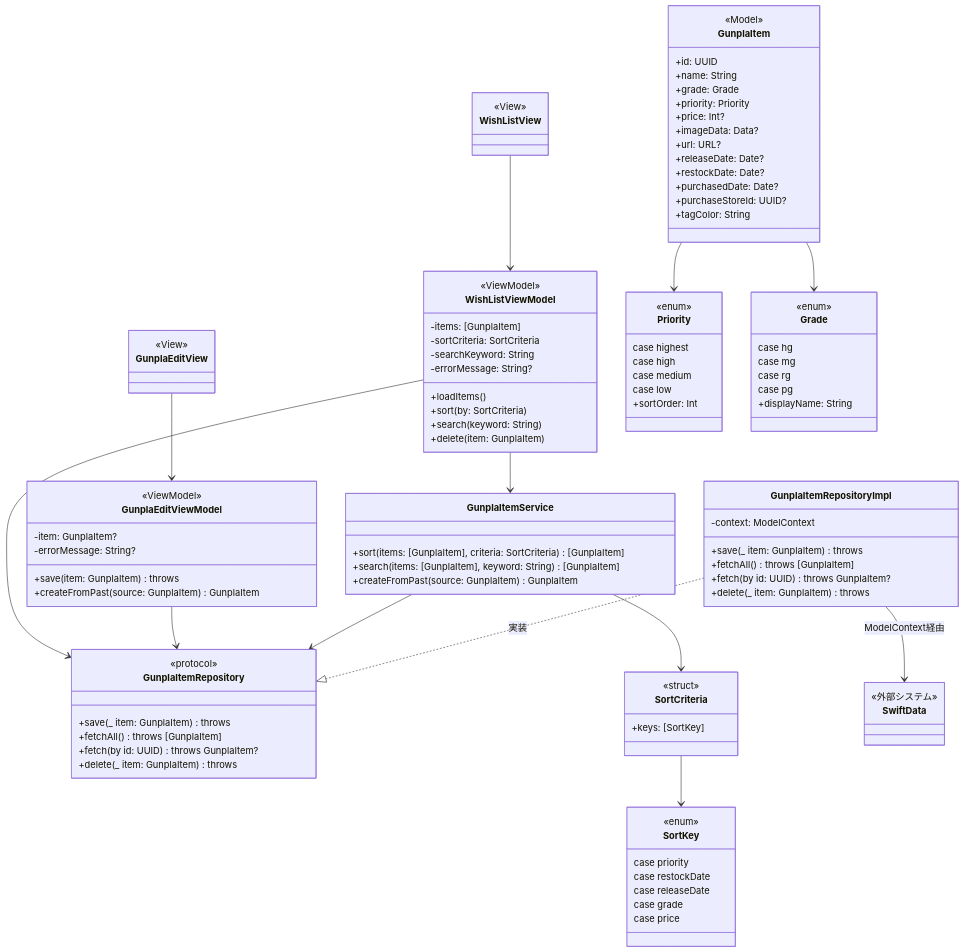
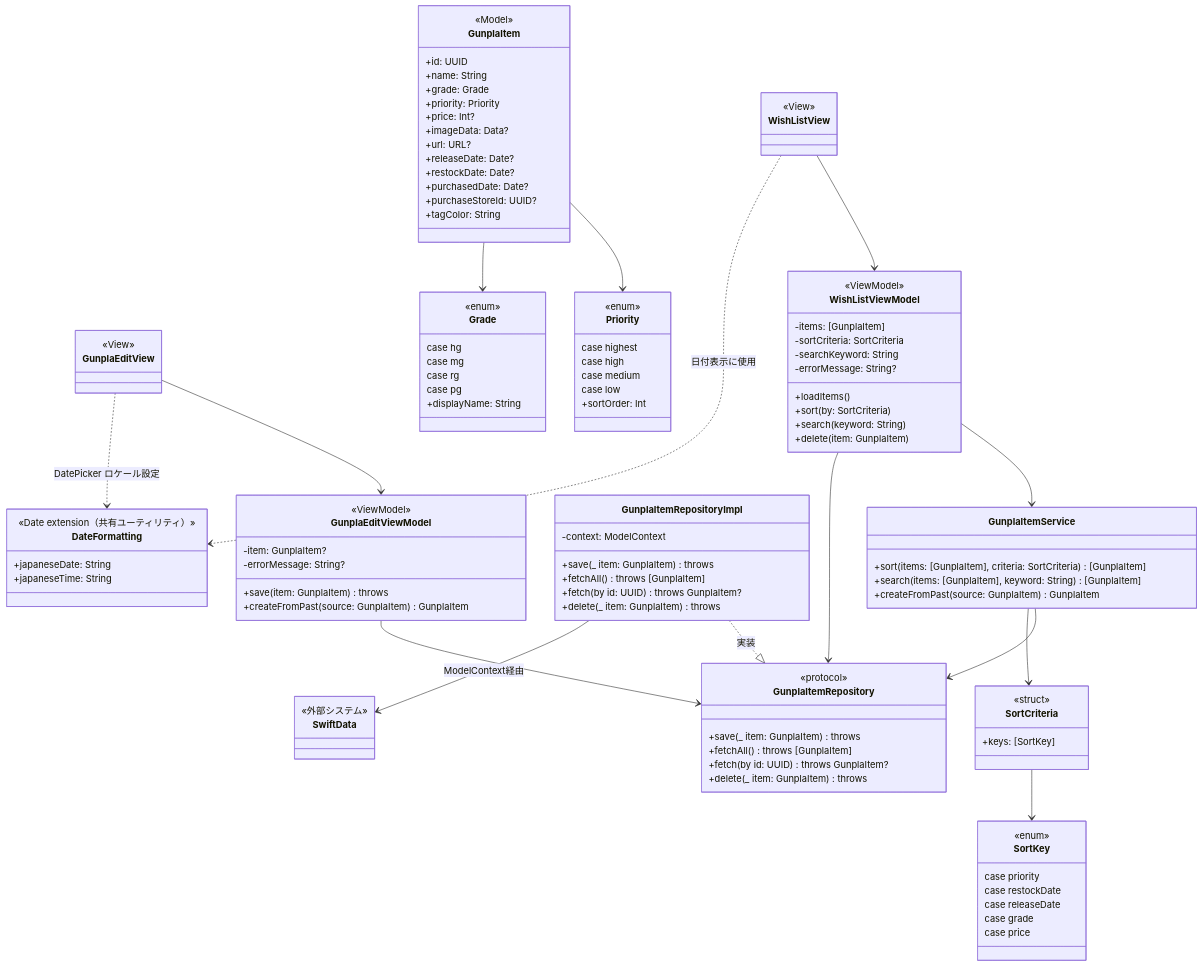
Before and after one commit to almashY/GunplaRadar-iOS: the diagram in docs/detailed_design/F01_ほしい物リスト/01_詳細クラス図.md, drawn with Mermaid. The commit also changed 3 other files, not shown here.

````diff
--- a/docs/detailed_design/F01_ほしい物リスト/01_詳細クラス図.md
+++ b/docs/detailed_design/F01_ほしい物リスト/01_詳細クラス図.md
@@ -100,6 +100,12 @@
         case price
     }
 
+    class DateFormatting {
+        <<Date extension（共有ユーティリティ）>>
+        +japaneseDate: String
+        +japaneseTime: String
+    }
+
     class SwiftData {
         <<外部システム>>
     }
@@ -116,4 +122,6 @@
     GunplaItem --> Priority
     GunplaItem --> Grade
     SortCriteria --> SortKey
+    WishListView ..> DateFormatting : 日付表示に使用
+    GunplaEditView ..> DateFormatting : DatePicker ロケール設定
 ```
````
